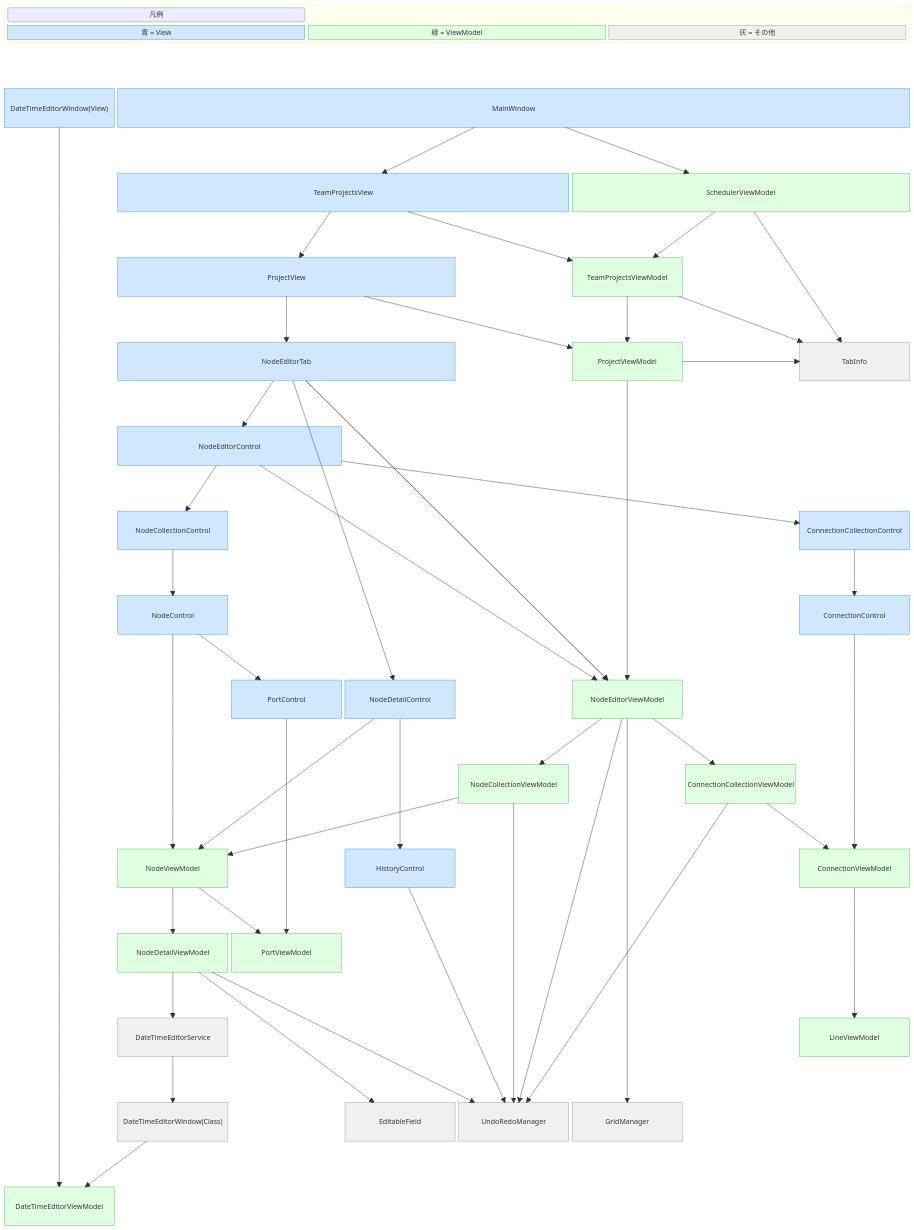
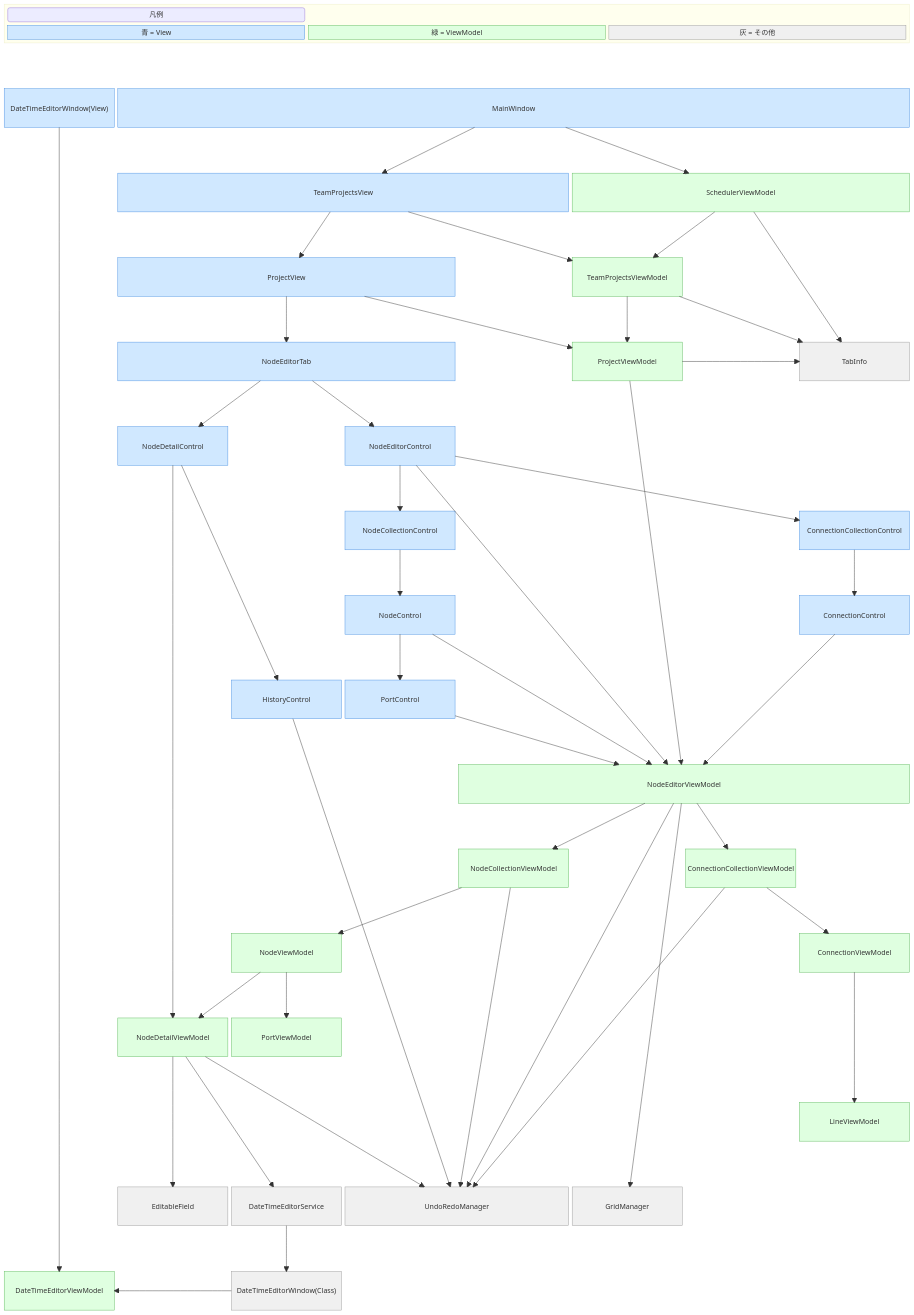
Before and after one commit to WhiteCatMonar/WcmScheduler: the diagram in README.md, drawn with Mermaid. The commit also changed other lines of this file and 6 other files, not shown here.

```diff
--- a/README.md
+++ b/README.md
@@ -176,32 +175,37 @@
     space:8
     
     space
-    NodeEditorControl:2
-    space:4
+    NodeDetailControl
+    space
+    NodeEditorControl
+    space:3
     space
     
     space:8
     
-    space
+    space:3
     NodeCollectionControl
-    space:5
+    space:3
     ConnectionCollectionControl
     
     space:8
     
-    space
+    space:3
     NodeControl
-    space:5
+    space:3
     ConnectionControl
 
     space:8
 
     space:2
+    HistoryControl
     PortControl
-    NodeDetailControl
-    space
-    NodeEditorViewModel
-    space:2
+    space:4
+
+    space:8
+
+    space:4
+    NodeEditorViewModel:4
 
     space:8
 
@@ -213,11 +217,9 @@
 
     space:8
 
-    space
+    space:2
     NodeViewModel
-    space
-    HistoryControl
-    space:3
+    space:4
     ConnectionViewModel
 
     space:8
@@ -229,18 +231,17 @@
     
     space:8
     
+    space:2
     space
-    DateTimeEditorService
-    space:5
+    space:4
     LineViewModel
 
     space:8
 
     space
-    DateTimeEditorWindow_Class["DateTimeEditorWindow(Class)"]
-    space
     EditableField
-    UndoRedoManager
+    DateTimeEditorService
+    UndoRedoManager:2
     GridManager
     space
     space
@@ -248,6 +249,9 @@
     space:8
 
     DateTimeEditorViewModel
+    space
+    DateTimeEditorWindow_Class["DateTimeEditorWindow(Class)"]
+    space
 
     %% ============================
     %% Dependencies (View)
@@ -270,14 +274,12 @@
     MainWindow --> SchedulerViewModel
     TeamProjectsView --> TeamProjectsViewModel
     ProjectView --> ProjectViewModel
-    NodeEditorTab --> NodeEditorViewModel
     NodeEditorControl --> NodeEditorViewModel
-    NodeControl --> NodeViewModel
-    ConnectionControl --> ConnectionViewModel
-    PortControl --> PortViewModel
-    NodeDetailControl --> NodeViewModel
+    NodeControl --> NodeEditorViewModel
+    ConnectionControl --> NodeEditorViewModel
+    PortControl --> NodeEditorViewModel
+    NodeDetailControl --> NodeDetailViewModel
     HistoryControl --> UndoRedoManager
-    NodeEditorTab --> NodeEditorViewModel
     DateTimeEditorWindow_View --> DateTimeEditorViewModel
 
     %% ============================
```
